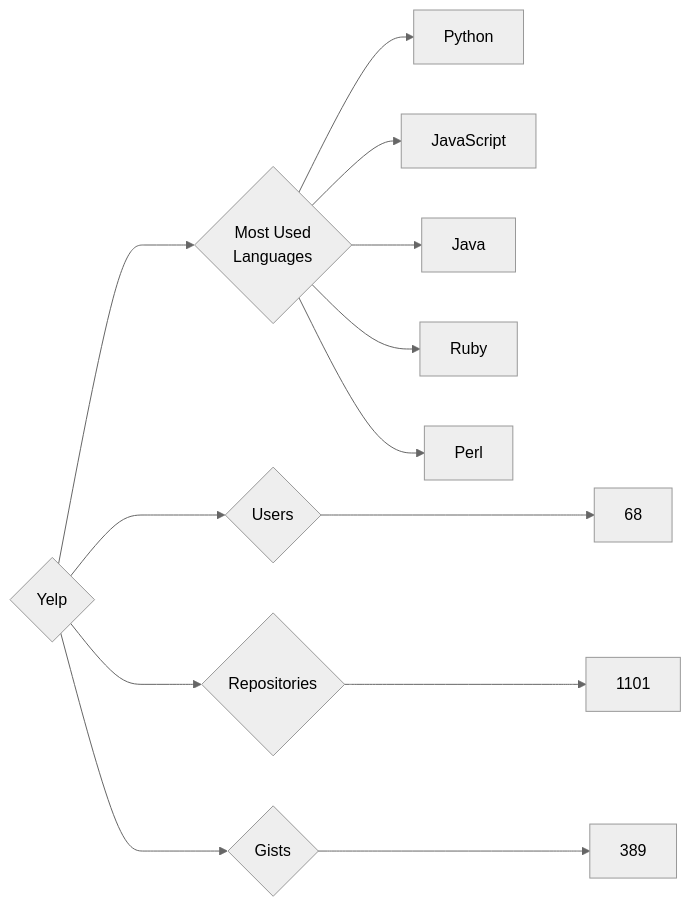
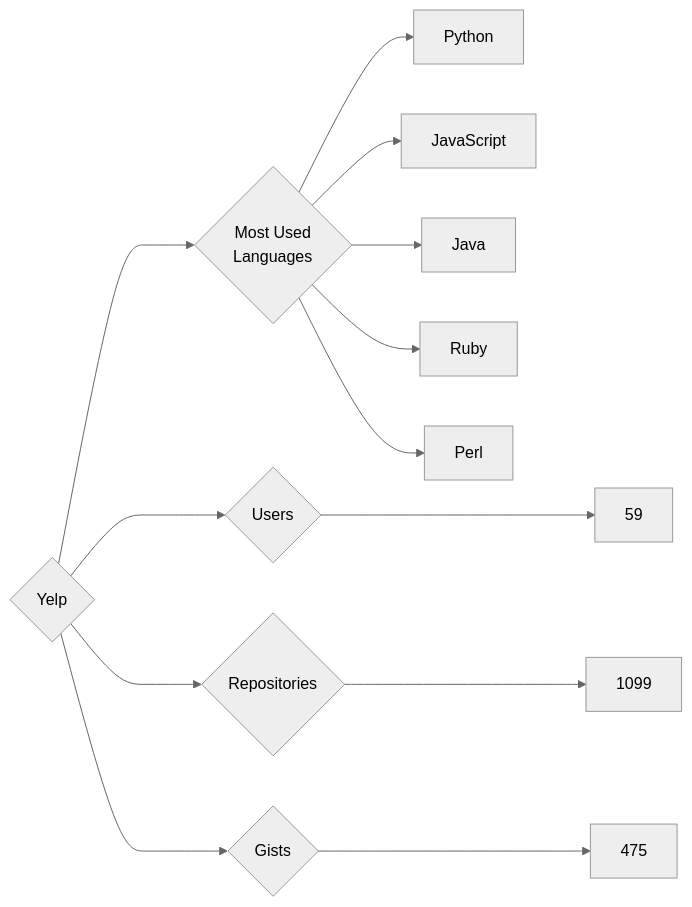
The diagram in targets/Yelp/README.md (trickest/insiders), drawn with Mermaid (neutral theme) before and after one commit. The commit also changed 1248 other files, not shown here.

````diff
--- a/targets/Yelp/README.md
+++ b/targets/Yelp/README.md
@@ -3,13 +3,13 @@
 ```mermaid
 graph LR
 COMPANY_NAME{Yelp}
-COMPANY_NAME ---> U{Users} ---> UN[68]
-COMPANY_NAME ---> R{Repositories} ---> RN[1101]
-COMPANY_NAME ---> G{Gists} ---> GN[389]
+COMPANY_NAME ---> U{Users} ---> UN[59]
+COMPANY_NAME ---> R{Repositories} ---> RN[1099]
+COMPANY_NAME ---> G{Gists} ---> GN[475]
 COMPANY_NAME ---> ML{Most Used<br>Languages}
 ML --> Python[Python]
 ML --> JavaScript[JavaScript]
 ML --> Java[Java]
 ML --> Ruby[Ruby]
 ML --> Perl[Perl]
 ```
````
